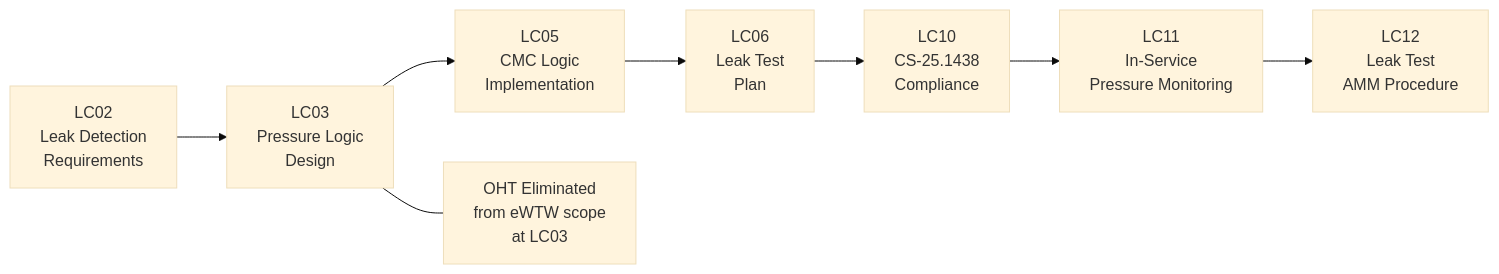
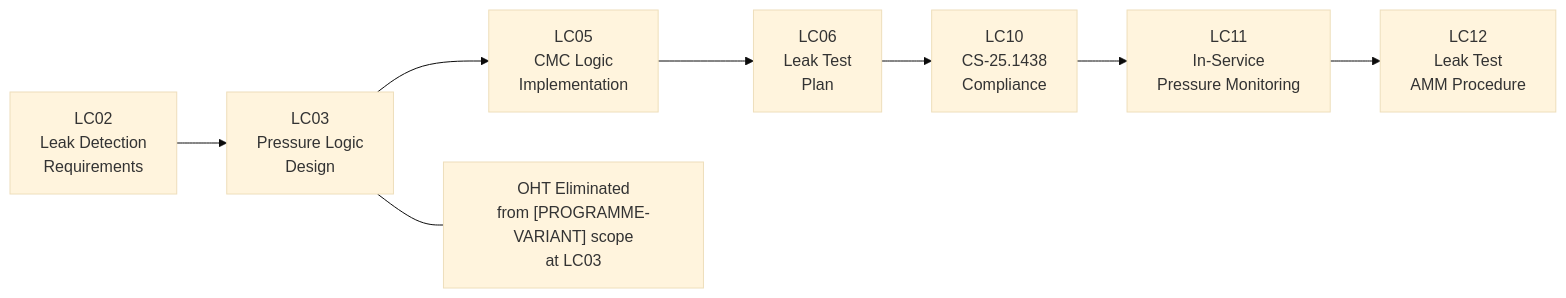
One commit to AmedeoPelliccia/Qplus-For-All-Queer-People-and-Quantum changed the third of 3 diagrams in Q+ATLANTIDE/000-099_ATLAS/030-039_Proteccion-y-Sistemas-Mecanicos/036_Pneumatic/036-050-Leak-Detection-and-Overheat-Protection.md. Above: the diagram before and after it, drawn with Mermaid (base theme). The commit also changed other lines of this file and 676 other files, not shown here.

First line of the commit message:
feat: de-programmatize all ATLAS standard files — remove AMPEL360E/eWTW programme content

````diff
--- a/Q+ATLANTIDE/000-099_ATLAS/030-039_Proteccion-y-Sistemas-Mecanicos/036_Pneumatic/036-050-Leak-Detection-and-Overheat-Protection.md
+++ b/Q+ATLANTIDE/000-099_ATLAS/030-039_Proteccion-y-Sistemas-Mecanicos/036_Pneumatic/036-050-Leak-Detection-and-Overheat-Protection.md
@@ -315,13 +301,13 @@
 ```mermaid
 flowchart LR
     LC02["LC02\nLeak Detection\nRequirements"] --> LC03
     LC03["LC03\nPressure Logic\nDesign"] --> LC05
     LC05["LC05\nCMC Logic\nImplementation"] --> LC06
     LC06["LC06\nLeak Test\nPlan"] --> LC10
     LC10["LC10\nCS-25.1438\nCompliance"] --> LC11
     LC11["LC11\nIn-Service\nPressure Monitoring"] --> LC12
     LC12["LC12\nLeak Test\nAMM Procedure"]
 
-    NOTE["OHT Eliminated\nfrom eWTW scope\nat LC03"]
+    NOTE["OHT Eliminated\nfrom [PROGRAMME-VARIANT] scope\nat LC03"]
     LC03 --- NOTE
 ```
````
